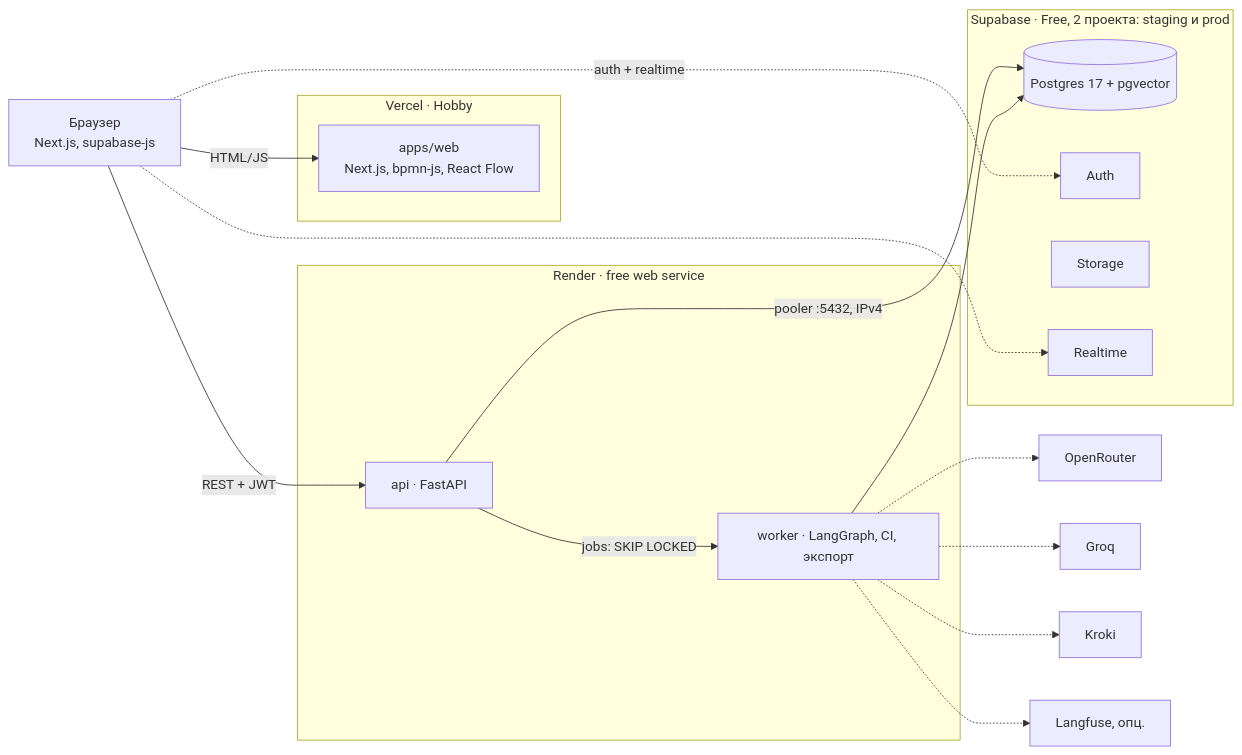
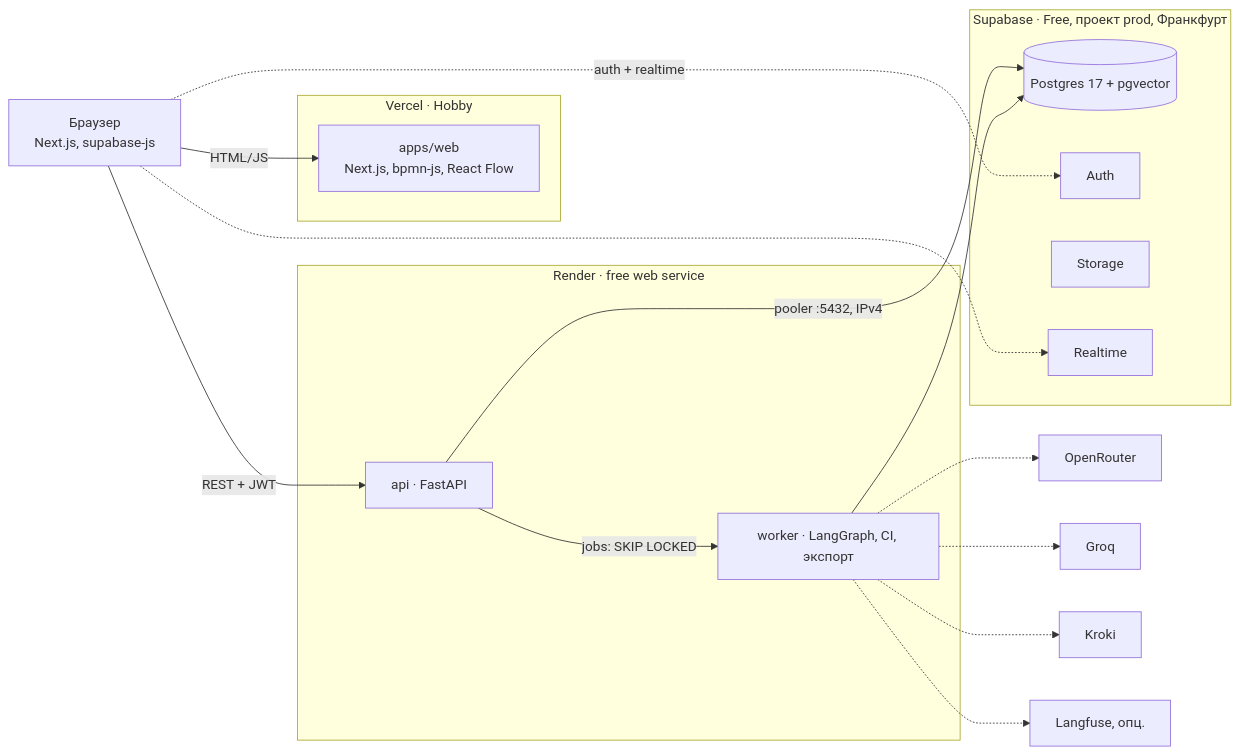
The diagram in docs/tech-design/07_deploy.md (Axx-Axvd/reqgraph), drawn with Mermaid before and after one commit. The commit also changed other lines of this file and 6 other files, not shown here.

````diff
--- a/docs/tech-design/07_deploy.md
+++ b/docs/tech-design/07_deploy.md
@@ -10,26 +10,26 @@
 ```mermaid
 flowchart LR
   B[Браузер<br/>Next.js, supabase-js]
   subgraph Vercel[Vercel · Hobby]
     W[apps/web<br/>Next.js, bpmn-js, React Flow]
   end
   subgraph Render[Render · free web service]
     A[api · FastAPI] -->|jobs: SKIP LOCKED| WK[worker · LangGraph, CI, экспорт]
   end
-  subgraph Supabase[Supabase · Free, 2 проекта: staging и prod]
+  subgraph Supabase[Supabase · Free, проект prod, Франкфурт]
     PG[(Postgres 17 + pgvector)]
     AU[Auth]
     ST[Storage]
     RT[Realtime]
   end
   B -->|HTML/JS| W
   B -->|REST + JWT| A
   B -.->|auth + realtime| AU
   B -.-> RT
   A -->|pooler :5432, IPv4| PG
   WK --> PG
   WK -.-> OR[OpenRouter]
   WK -.-> GQ[Groq]
   WK -.-> KR[Kroki]
   WK -.-> LF[Langfuse, опц.]
 ```
````
